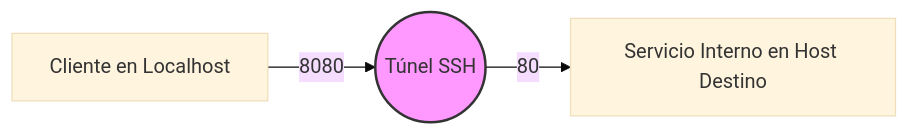
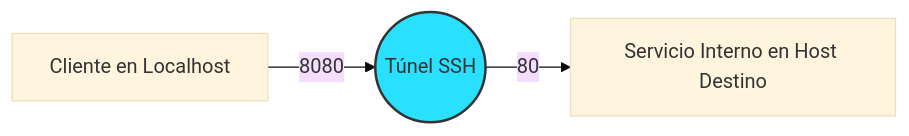
One commit to InformaticoDelAverno/ssh_tunnel changed the first of 3 diagrams in README.md. Above: the diagram before and after it, drawn with Mermaid (base theme). The commit also changed other lines of this file, not shown here.

````diff
--- a/README.md
+++ b/README.md
@@ -35,6 +35,6 @@
 ```mermaid
 graph LR
    A[Cliente en Localhost] -- 8080 --> B((Túnel SSH))
    B -- 80 --> C[Servicio Interno en Host Destino]
-   style B fill:#f9f,stroke:#333,stroke-width:2px
+   style B fill:#29e0ff,stroke:#333,stroke-width:2px
 ```
````
